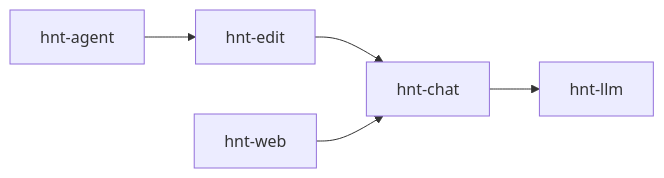
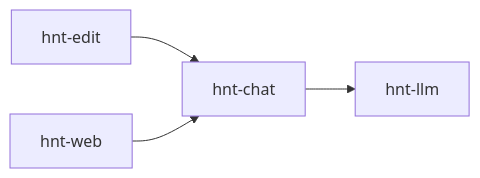
The diagram in README.md (veilm/hinata), drawn with Mermaid before and after one commit. The commit also changed other lines of this file and 111 other files, not shown here.

````diff
--- a/README.md
+++ b/README.md
@@ -54,7 +43,6 @@
 ```mermaid
 graph LR
 	hnt-chat --> hnt-llm
 	hnt-edit --> hnt-chat
-	hnt-agent --> hnt-edit
 	hnt-web --> hnt-chat
 ```
````
